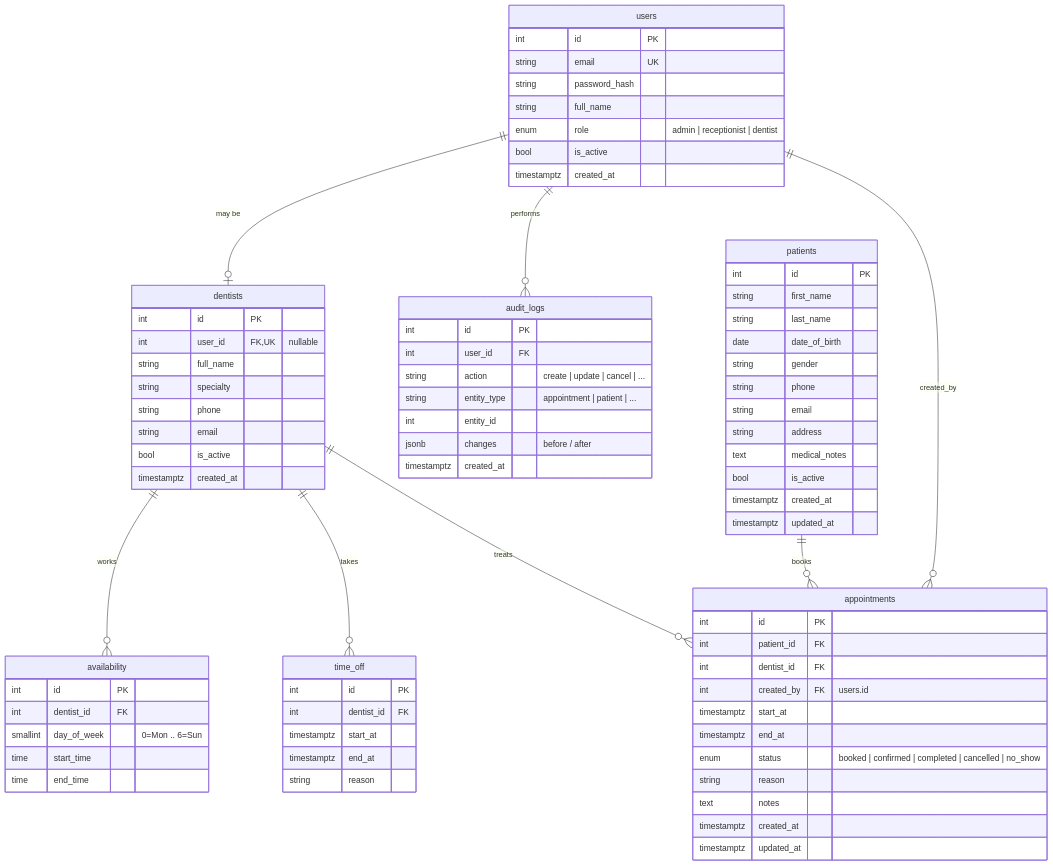
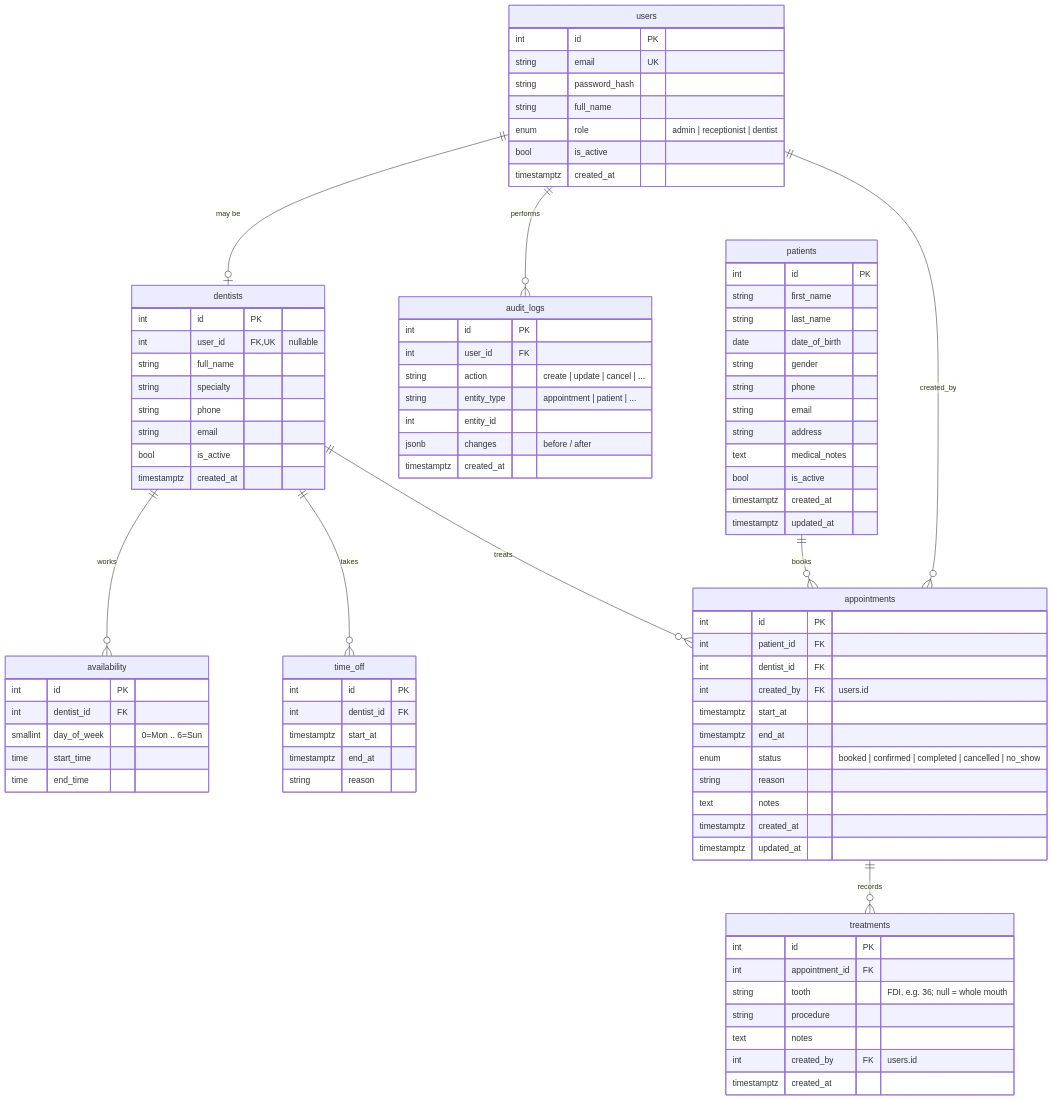
The diagram in docs/erd.md (Grantthep/Dental_Flow), drawn with Mermaid before and after one commit. The commit also changed 13 other files, not shown here.

```diff
--- a/docs/erd.md
+++ b/docs/erd.md
@@ -11,6 +11,7 @@
     dentists ||--o{ time_off : "takes"
     dentists ||--o{ appointments : "treats"
     patients ||--o{ appointments : "books"
+    appointments ||--o{ treatments : "records"
 
     users {
         int id PK
@@ -72,6 +73,15 @@
         timestamptz created_at
         timestamptz updated_at
     }
+    treatments {
+        int id PK
+        int appointment_id FK
+        string tooth "FDI, e.g. 36; null = whole mouth"
+        string procedure
+        text notes
+        int created_by FK "users.id"
+        timestamptz created_at
+    }
     audit_logs {
         int id PK
         int user_id FK
```
